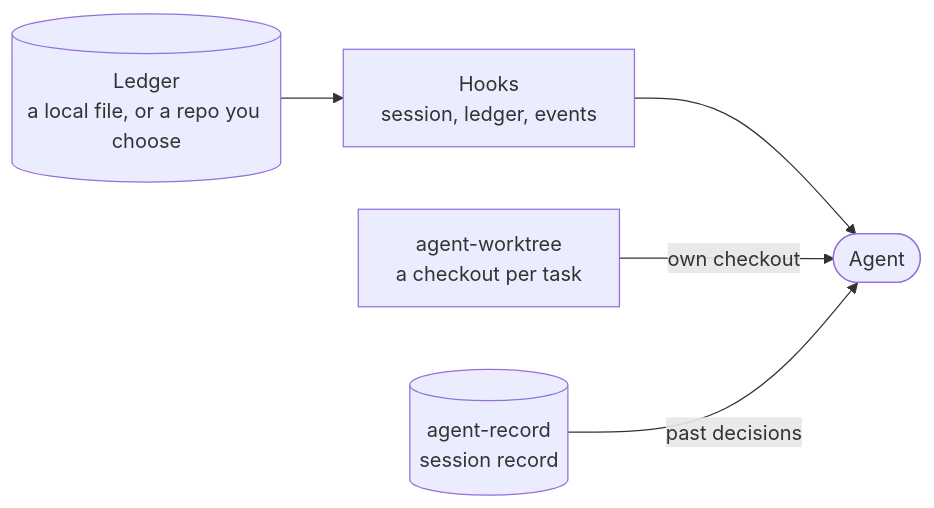
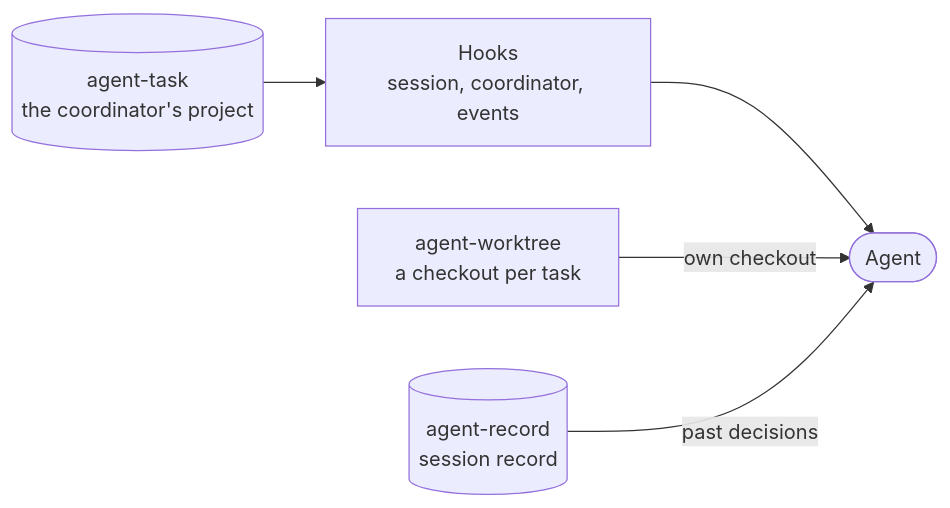
The first of 3 diagrams in docs/plugin.md (cniska/agent-skills), drawn with Mermaid before and after one commit. The commit also changed other lines of this file and 14 other files, not shown here.

Commit message:
feat(coordinate): work from agent-task alone

````diff
--- a/docs/plugin.md
+++ b/docs/plugin.md
@@ -11,7 +11,7 @@
 ```mermaid
 flowchart LR
-  ledger[("Ledger<br/>a local file, or a repo you choose")] --> hook["Hooks<br/>session, ledger, events"]
+  tasks[("agent-task<br/>the coordinator's project")] --> hook["Hooks<br/>session, coordinator, events"]
   hook --> agent(["Agent"])
   wt["agent-worktree<br/>a checkout per task"] -- "own checkout" --> agent
   rec[("agent-record<br/>session record")] -- "past decisions" --> agent
 ```
````
